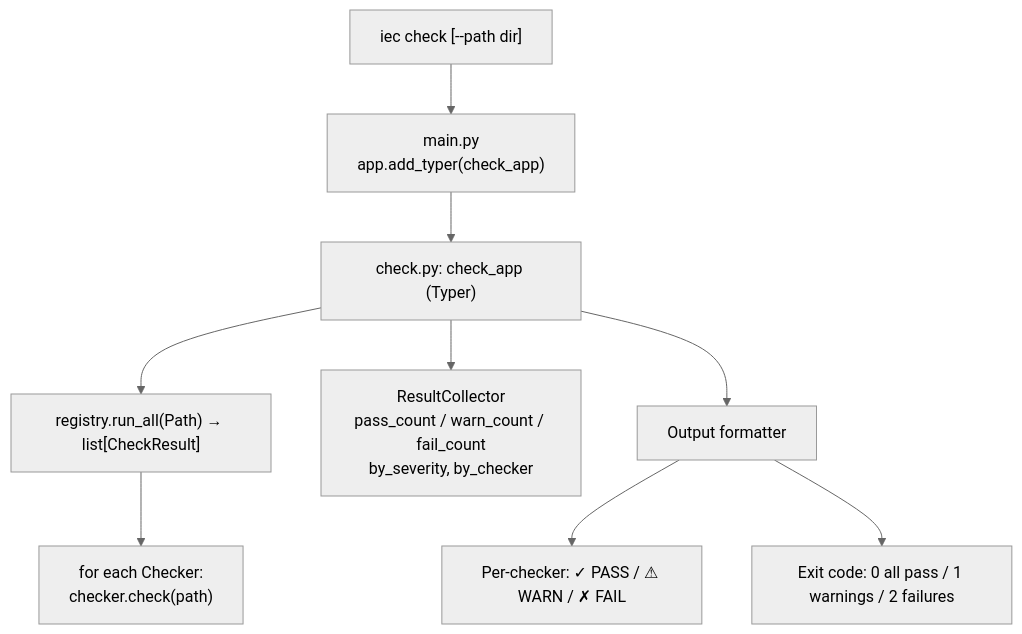
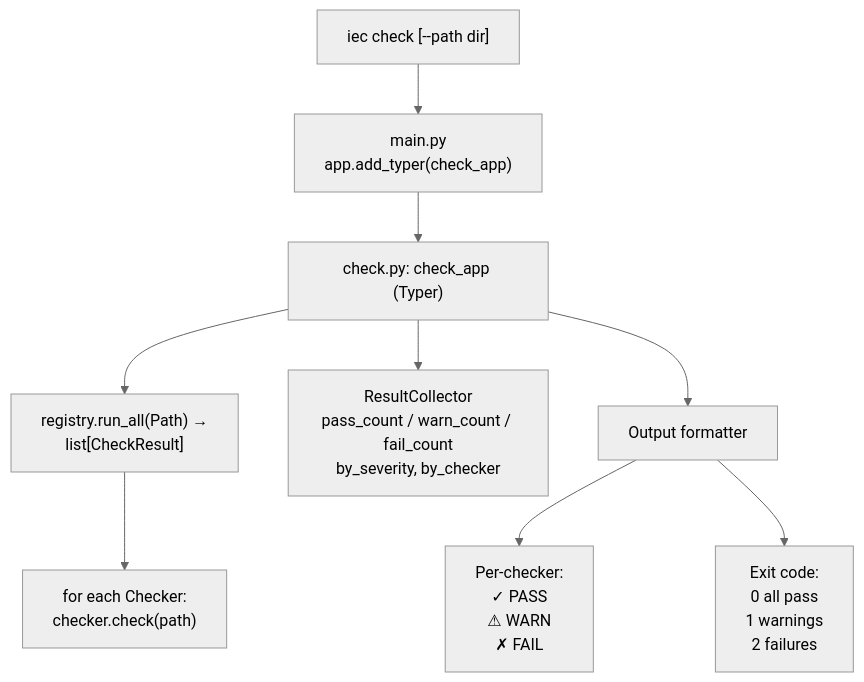
The diagram in openspec/changes/archive/2026-05-05-check/design.md (intent-engineering-for-coding-agents/cli), drawn with Mermaid (neutral theme) before and after one commit.

Commit message:
docs(design): improve Mermaid node label formatting in check architecture

````diff
--- a/openspec/changes/archive/2026-05-05-check/design.md
+++ b/openspec/changes/archive/2026-05-05-check/design.md
@@ -101,11 +101,11 @@
 ```mermaid
 flowchart TD
     CMD["iec check [--path dir]"] --> Main["main.py<br>app.add_typer(check_app)"]
     Main --> App["check.py: check_app (Typer)"]
-    App --> Registry["registry.run_all(Path) → list[CheckResult]"]
+    App --> Registry["registry.run_all(Path) →<br>list[CheckResult]"]
     Registry --> Checkers["for each Checker:<br>checker.check(path)"]
     App --> Collector["ResultCollector<br>pass_count / warn_count / fail_count<br>by_severity, by_checker"]
     App --> Formatter["Output formatter"]
-    Formatter --> PerCheck["Per-checker: ✓ PASS / ⚠ WARN / ✗ FAIL"]
-    Formatter --> Exit["Exit code: 0 all pass / 1 warnings / 2 failures"]
+    Formatter --> PerCheck["Per-checker:<br>✓ PASS<br>⚠ WARN<br>✗ FAIL"]
+    Formatter --> Exit["Exit code:<br>0 all pass<br>1 warnings<br>2 failures"]
 ```
````
